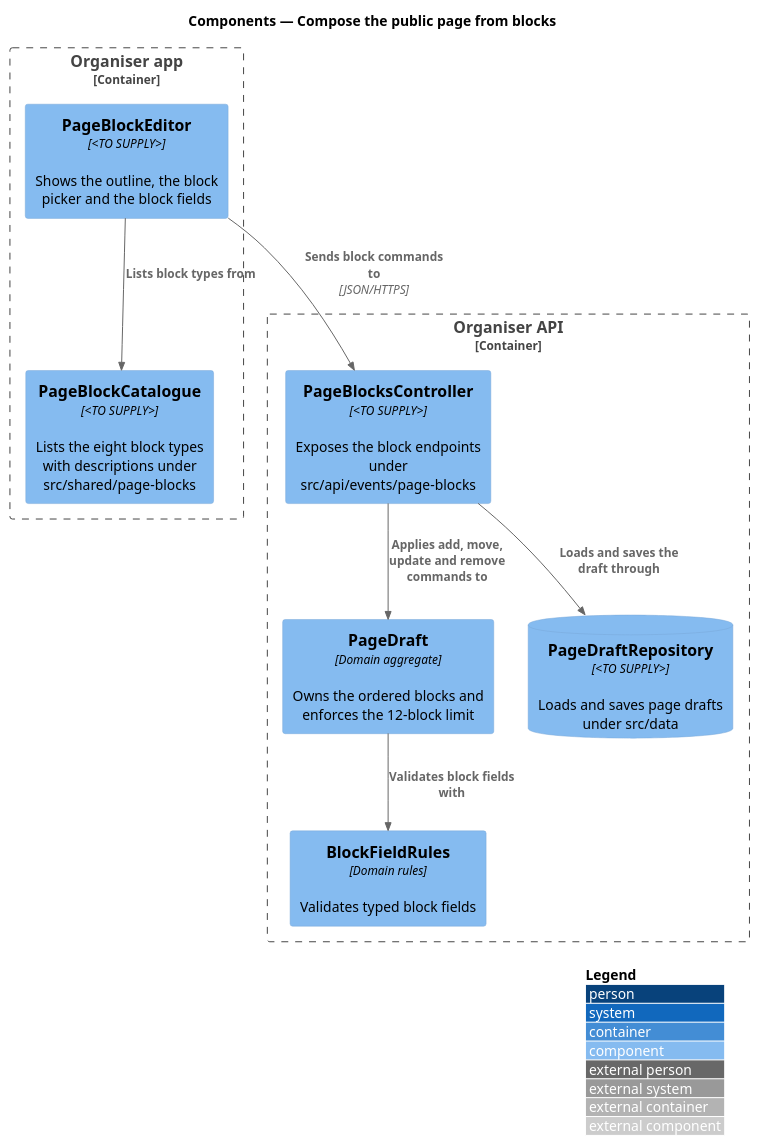
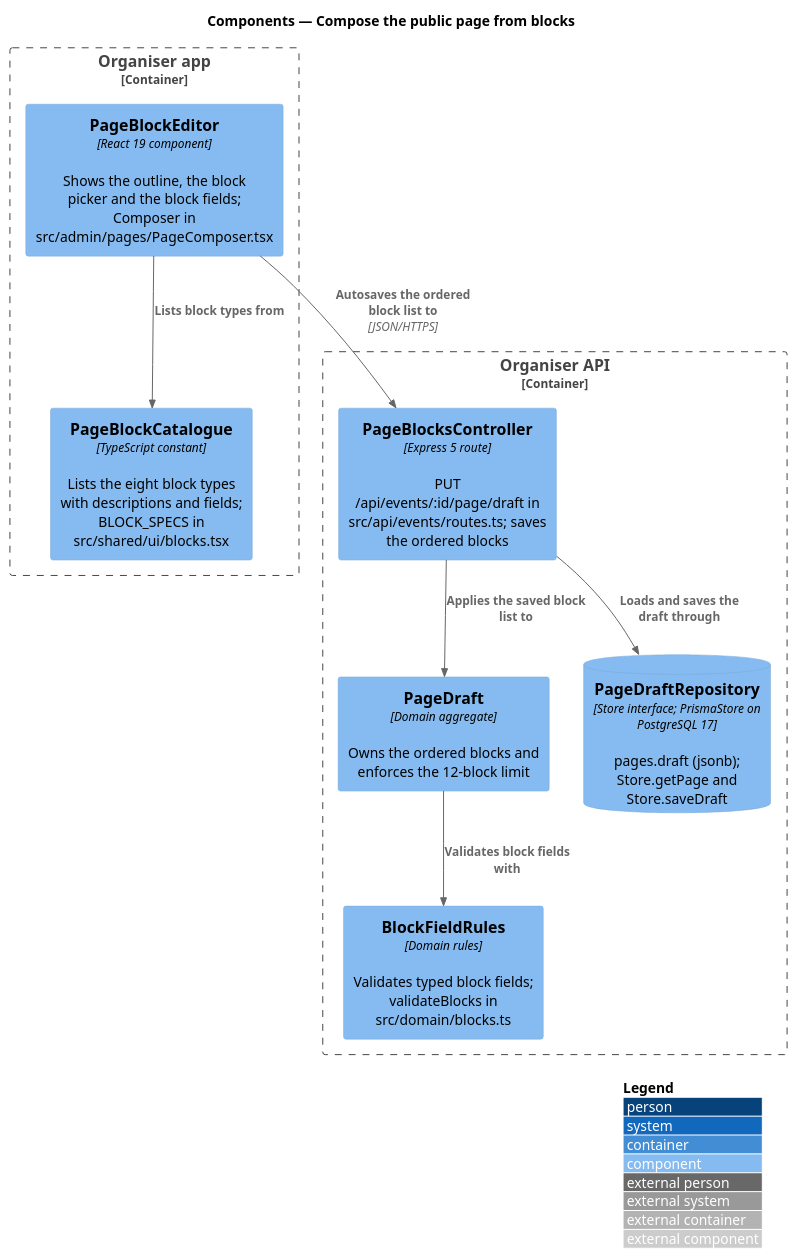
One commit to QuinntyneBrown/rsvp-cms changed the diagram in docs/detailed-designs/event-page/compose-page-blocks/diagrams/c4-component.puml. Above: the diagram before and after it, drawn with PlantUML. The commit also changed 45 other files, not shown here.

Commit message:
Add design-system component pages and tokens.json, fill in technologies in design diagrams

```diff
--- a/docs/detailed-designs/event-page/compose-page-blocks/diagrams/c4-component.puml
+++ b/docs/detailed-designs/event-page/compose-page-blocks/diagrams/c4-component.puml
@@ -1,22 +1,22 @@
 @startuml
 !include <C4/C4_Component>
 LAYOUT_WITH_LEGEND()
 title Components — Compose the public page from blocks
 
 Container_Boundary(admin, "Organiser app") {
-  Component(editor, "PageBlockEditor", "<TO SUPPLY>", "Shows the outline, the block picker and the block fields")
-  Component(catalogue, "PageBlockCatalogue", "<TO SUPPLY>", "Lists the eight block types with descriptions under src/shared/page-blocks")
+  Component(editor, "PageBlockEditor", "React 19 component", "Shows the outline, the block picker and the block fields; Composer in src/admin/pages/PageComposer.tsx")
+  Component(catalogue, "PageBlockCatalogue", "TypeScript constant", "Lists the eight block types with descriptions and fields; BLOCK_SPECS in src/shared/ui/blocks.tsx")
 }
 Container_Boundary(api, "Organiser API") {
-  Component(ctrl, "PageBlocksController", "<TO SUPPLY>", "Exposes the block endpoints under src/api/events/page-blocks")
+  Component(ctrl, "PageBlocksController", "Express 5 route", "PUT /api/events/:id/page/draft in src/api/events/routes.ts; saves the ordered blocks")
   Component(draft, "PageDraft", "Domain aggregate", "Owns the ordered blocks and enforces the 12-block limit")
-  Component(rules, "BlockFieldRules", "Domain rules", "Validates typed block fields")
-  ComponentDb(store, "PageDraftRepository", "<TO SUPPLY>", "Loads and saves page drafts under src/data")
+  Component(rules, "BlockFieldRules", "Domain rules", "Validates typed block fields; validateBlocks in src/domain/blocks.ts")
+  ComponentDb(store, "PageDraftRepository", "Store interface; PrismaStore on PostgreSQL 17", "pages.draft (jsonb); Store.getPage and Store.saveDraft")
 }
 
 Rel(editor, catalogue, "Lists block types from")
-Rel(editor, ctrl, "Sends block commands to", "JSON/HTTPS")
-Rel(ctrl, draft, "Applies add, move, update and remove commands to")
+Rel(editor, ctrl, "Autosaves the ordered block list to", "JSON/HTTPS")
+Rel(ctrl, draft, "Applies the saved block list to")
 Rel(draft, rules, "Validates block fields with")
 Rel(ctrl, store, "Loads and saves the draft through")
 @enduml
```
